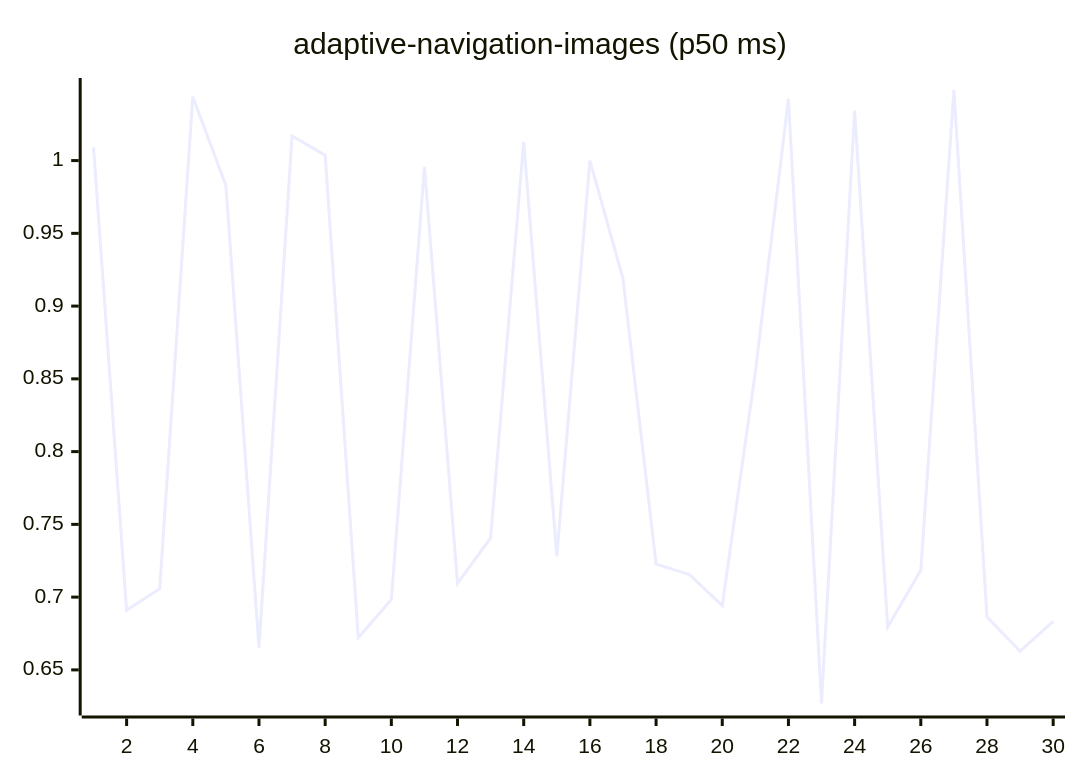
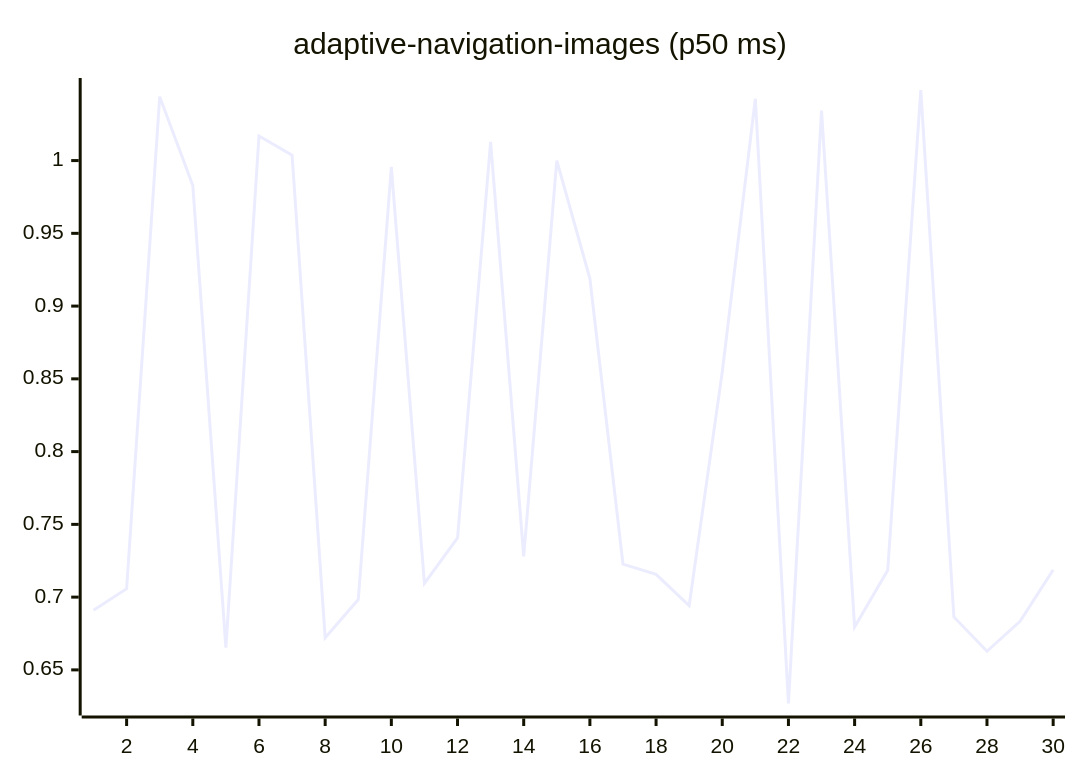
Before and after one commit to josha/Facet: the first of 27 diagrams in README.md, drawn with Mermaid. The commit also changed other lines of this file and 2 other files, not shown here.

````diff
--- a/README.md
+++ b/README.md
@@ -63,6 +63,6 @@
 ```mermaid
 xychart-beta
     title "adaptive-navigation-images (p50 ms)"
     x-axis 1 --> 30
-    line [1.0090, 0.6909, 0.7058, 1.0439, 0.9829, 0.6652, 1.0169, 1.0037, 0.6721, 0.6983, 0.9956, 0.7094, 0.7407, 1.0129, 0.7280, 1.0000, 0.9189, 0.7227, 0.7156, 0.6941, 0.8547, 1.0425, 0.6269, 1.0344, 0.6795, 0.7184, 1.0485, 0.6864, 0.6628, 0.6834]
+    line [0.6909, 0.7058, 1.0439, 0.9829, 0.6652, 1.0169, 1.0037, 0.6721, 0.6983, 0.9956, 0.7094, 0.7407, 1.0129, 0.7280, 1.0000, 0.9189, 0.7227, 0.7156, 0.6941, 0.8547, 1.0425, 0.6269, 1.0344, 0.6795, 0.7184, 1.0485, 0.6864, 0.6628, 0.6834, 0.7187]
 ```
````
